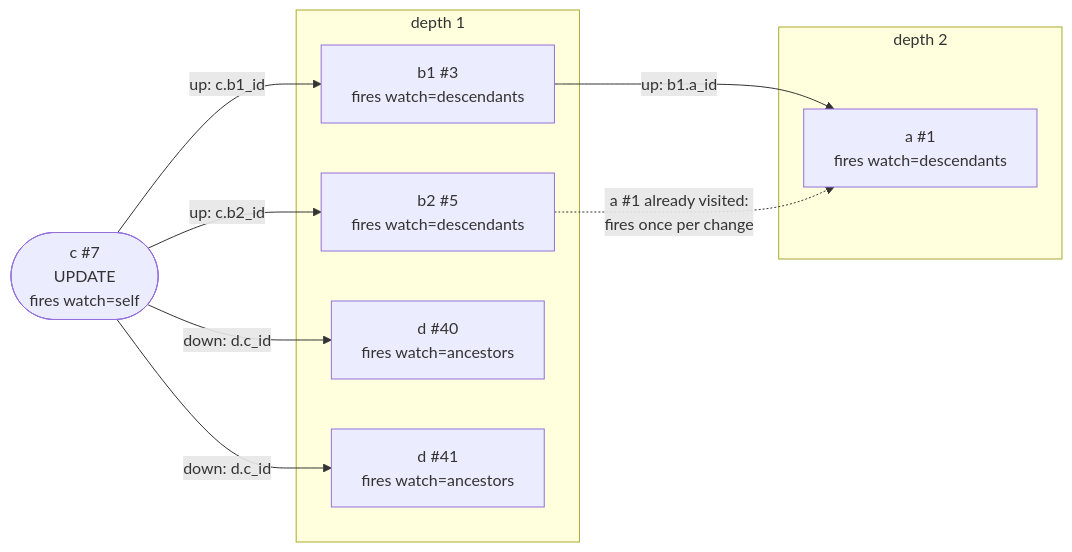
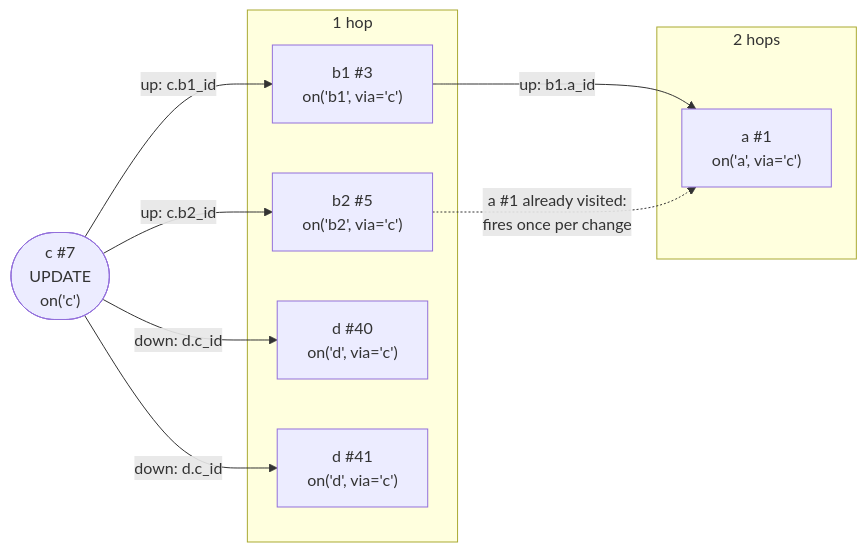
The second of 3 diagrams in README.md (buusystems/brm), drawn with Mermaid before and after one commit. The commit also changed other lines of this file and 9 other files, not shown here.

First line of the commit message:
Routes: via= names where a change comes from; watch/depth/source removed

````diff
--- a/README.md
+++ b/README.md
@@ -76,22 +79,22 @@
 ```mermaid
 flowchart LR
-    C7(["c #7<br/>UPDATE<br/>fires watch=self"])
+    C7(["c #7<br/>UPDATE<br/>on('c')"])
 
-    subgraph D1 ["depth 1"]
-        B13["b1 #3<br/>fires watch=descendants"]
-        B25["b2 #5<br/>fires watch=descendants"]
-        D40["d #40<br/>fires watch=ancestors"]
-        D41["d #41<br/>fires watch=ancestors"]
+    subgraph D1 ["1 hop"]
+        B13["b1 #3<br/>on('b1', via='c')"]
+        B25["b2 #5<br/>on('b2', via='c')"]
+        D40["d #40<br/>on('d', via='c')"]
+        D41["d #41<br/>on('d', via='c')"]
     end
 
-    subgraph D2 ["depth 2"]
-        A1["a #1<br/>fires watch=descendants"]
+    subgraph D2 ["2 hops"]
+        A1["a #1<br/>on('a', via='c')"]
     end
 
     C7 -- "up: c.b1_id" --> B13
     C7 -- "up: c.b2_id" --> B25
     C7 -- "down: d.c_id" --> D40
     C7 -- "down: d.c_id" --> D41
     B13 -- "up: b1.a_id" --> A1
     B25 -. "a #1 already visited:<br/>fires once per change" .-> A1
 ```
````
